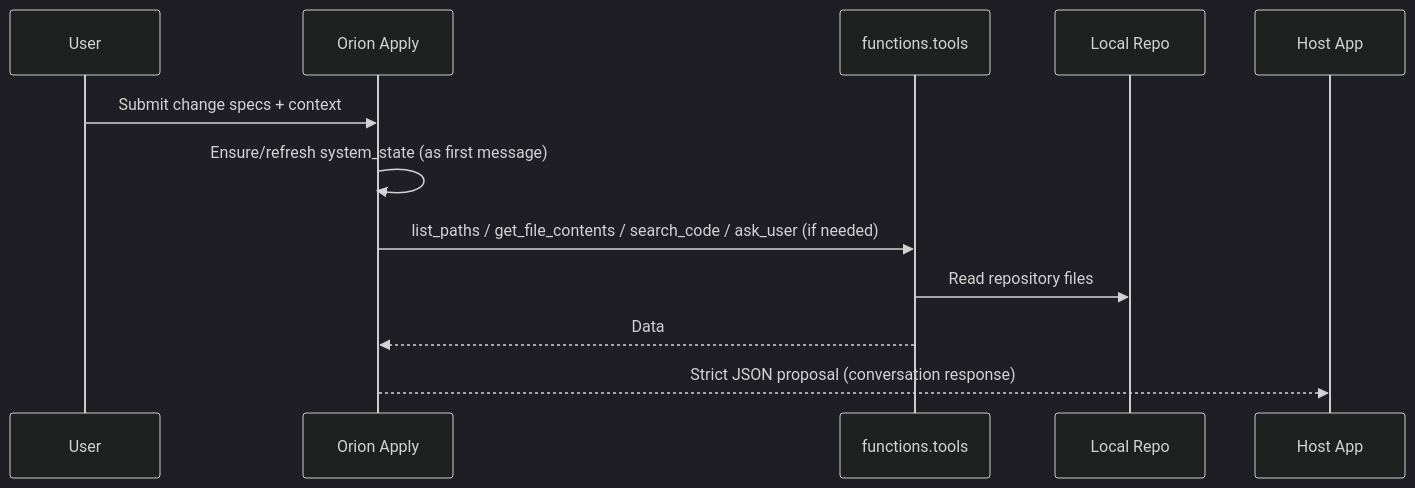
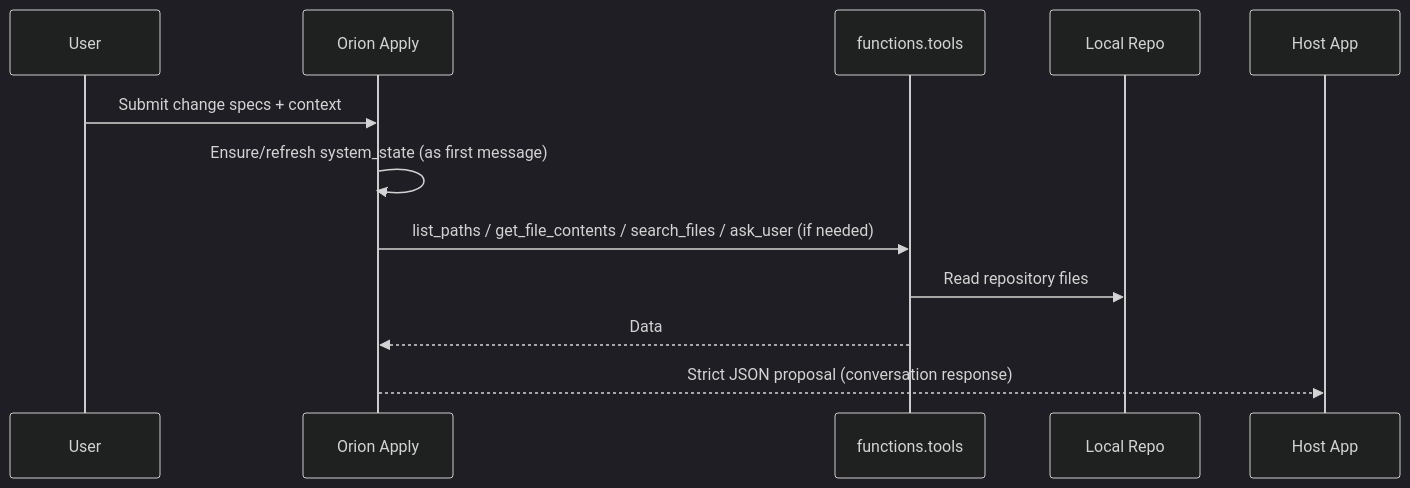
The second of 5 diagrams in Overview.md (git-neka-ai/sutradhaar), drawn with Mermaid (dark theme) before and after one commit. The commit also changed other lines of this file and 6 other files, not shown here.

````diff
--- a/Overview.md
+++ b/Overview.md
@@ -97,15 +97,15 @@
 ```mermaid
 sequenceDiagram
   participant U as User
   participant O as Orion Apply
   participant T as functions.tools
   participant R as Local Repo
   participant H as Host App
 
   U->>O: Submit change specs + context
   O->>O: Ensure/refresh system_state (as first message)
-  O->>T: list_paths / get_file_contents / search_code / ask_user (if needed)
+  O->>T: list_paths / get_file_contents / search_files / ask_user (if needed)
   T->>R: Read repository files
   T-->>O: Data
   O-->>H: Strict JSON proposal (conversation response)
 ```
````
